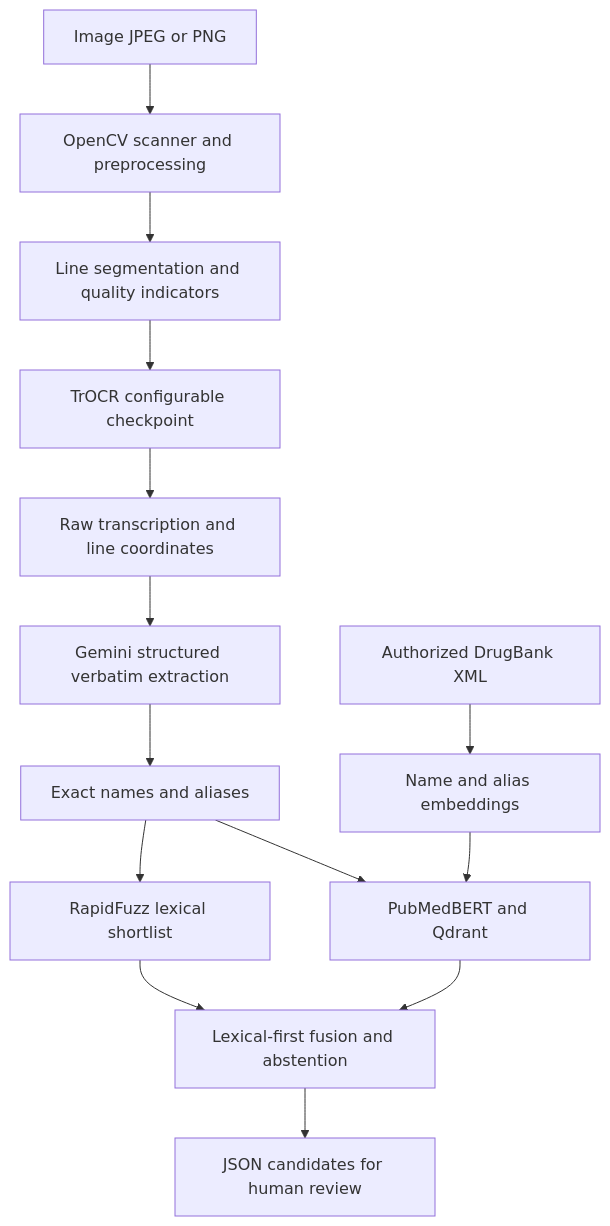
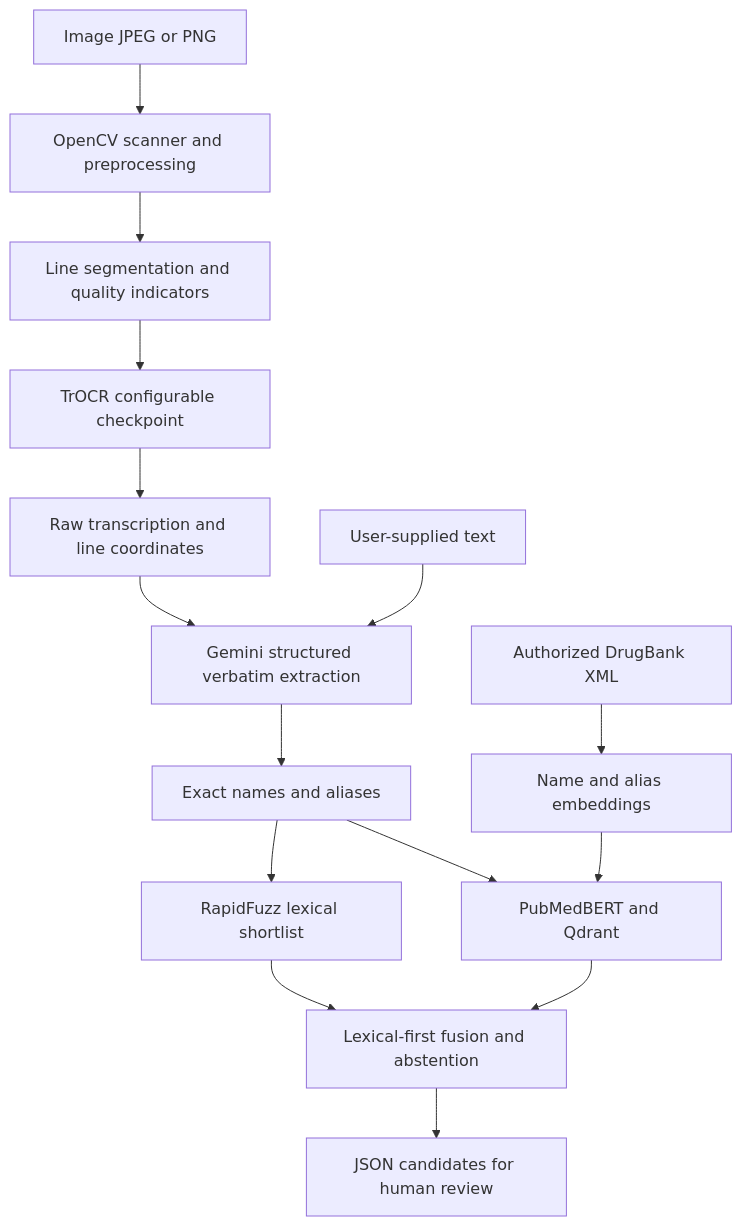
One commit to Abdelali-ID-ALI/Medical-HTR changed the diagram in README.md. Above: the diagram before and after it, drawn with Mermaid. The commit also changed other lines of this file and 7 other files, not shown here.

````diff
--- a/README.md
+++ b/README.md
@@ -7,16 +7,17 @@
 ```mermaid
 flowchart TD
     A[Image JPEG or PNG] --> B[OpenCV scanner and preprocessing]
     B --> C[Line segmentation and quality indicators]
     C --> D[TrOCR configurable checkpoint]
     D --> E[Raw transcription and line coordinates]
     E --> F[Gemini structured verbatim extraction]
+    T[User-supplied text] --> F
     F --> G[Exact names and aliases]
     G --> H[RapidFuzz lexical shortlist]
     G --> I[PubMedBERT and Qdrant]
     H --> J[Lexical-first fusion and abstention]
     I --> J
     J --> K[JSON candidates for human review]
     L[Authorized DrugBank XML] --> M[Name and alias embeddings]
     M --> I
 ```
````
